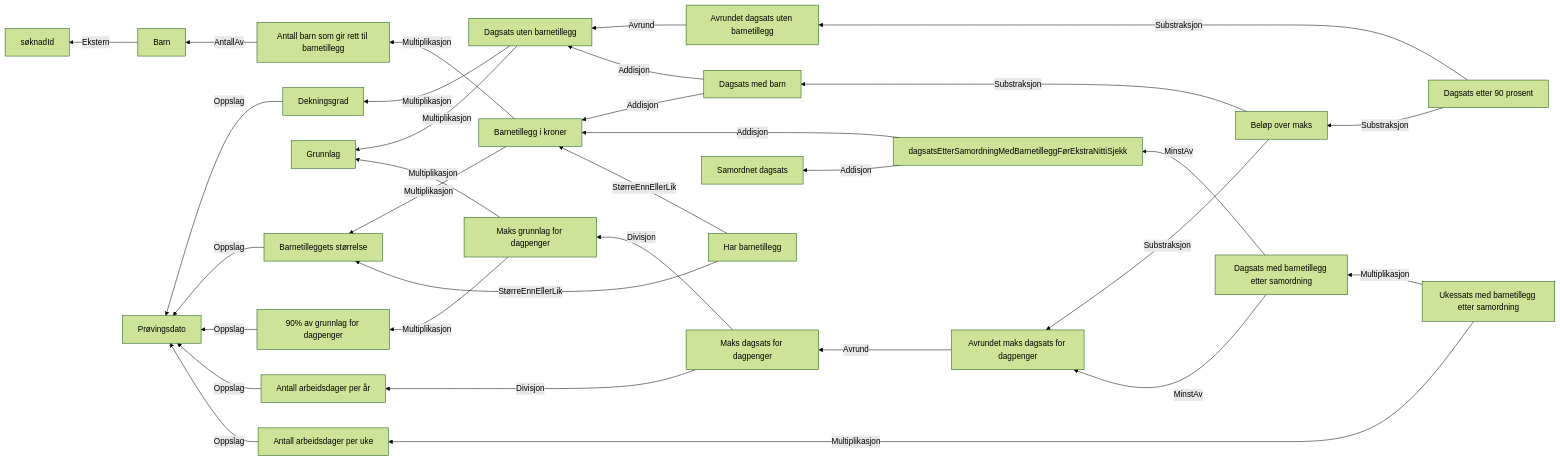
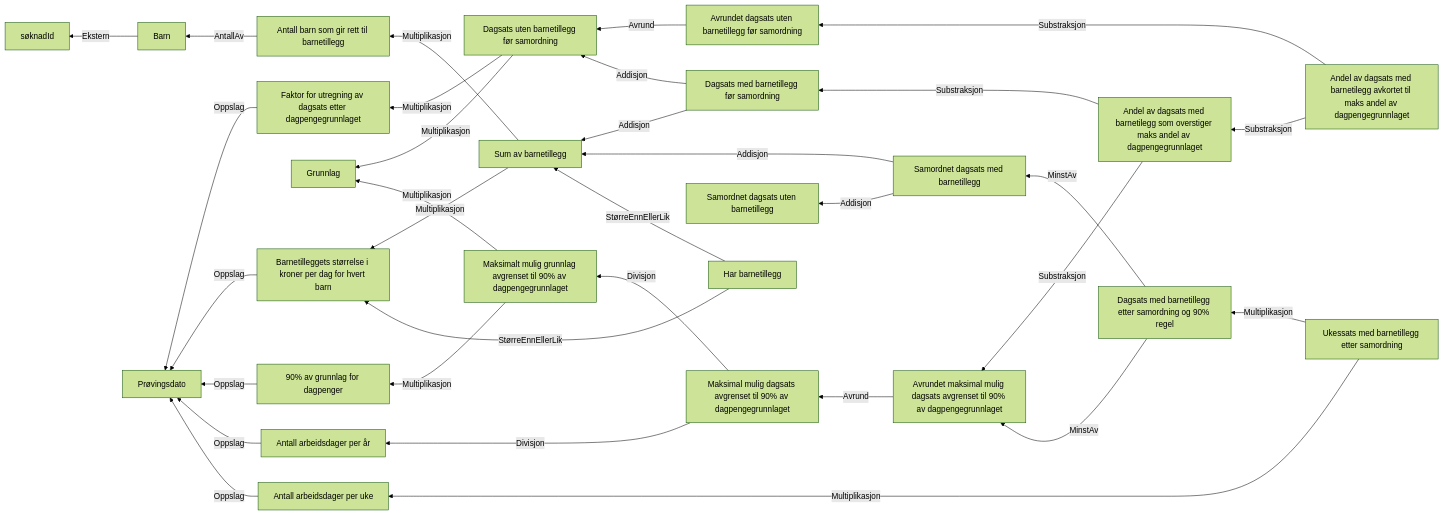
The diagram in docs/regler/§ 4-12. Dagpengenes størrelse.approved.md (navikt/dp-vedtak), drawn with Mermaid (forest theme) before and after one commit. The commit also changed 15 other files, not shown here.

First line of the commit message:
Avkort mot 90% uten barnetillegg før samordning

````diff
--- a/docs/regler/§ 4-12. Dagpengenes størrelse.approved.md
+++ b/docs/regler/§ 4-12. Dagpengenes størrelse.approved.md
@@ -5,34 +5,34 @@
 ```mermaid
 graph RL
   A["Barn"] -->|"Ekstern"| B["søknadId"]
   C["Antall barn som gir rett til barnetillegg"] -->|"AntallAv"| A["Barn"]
-  D["Dekningsgrad"] -->|"Oppslag"| E["Prøvingsdato"]
-  F["Dagsats uten barnetillegg"] -->|"Multiplikasjon"| G["Grunnlag"]
-  F["Dagsats uten barnetillegg"] -->|"Multiplikasjon"| D["Dekningsgrad"]
-  H["Avrundet dagsats uten barnetillegg"] -->|"Avrund"| F["Dagsats uten barnetillegg"]
-  I["Barnetilleggets størrelse"] -->|"Oppslag"| E["Prøvingsdato"]
-  J["Barnetillegg i kroner"] -->|"Multiplikasjon"| I["Barnetilleggets størrelse"]
-  J["Barnetillegg i kroner"] -->|"Multiplikasjon"| C["Antall barn som gir rett til barnetillegg"]
-  K["Dagsats med barn"] -->|"Addisjon"| F["Dagsats uten barnetillegg"]
-  K["Dagsats med barn"] -->|"Addisjon"| J["Barnetillegg i kroner"]
+  D["Faktor for utregning av dagsats etter dagpengegrunnlaget"] -->|"Oppslag"| E["Prøvingsdato"]
+  F["Dagsats uten barnetillegg før samordning"] -->|"Multiplikasjon"| G["Grunnlag"]
+  F["Dagsats uten barnetillegg før samordning"] -->|"Multiplikasjon"| D["Faktor for utregning av dagsats etter dagpengegrunnlaget"]
+  H["Avrundet dagsats uten barnetillegg før samordning"] -->|"Avrund"| F["Dagsats uten barnetillegg før samordning"]
+  I["Barnetilleggets størrelse i kroner per dag for hvert barn"] -->|"Oppslag"| E["Prøvingsdato"]
+  J["Sum av barnetillegg"] -->|"Multiplikasjon"| I["Barnetilleggets størrelse i kroner per dag for hvert barn"]
+  J["Sum av barnetillegg"] -->|"Multiplikasjon"| C["Antall barn som gir rett til barnetillegg"]
+  K["Dagsats med barnetillegg før samordning"] -->|"Addisjon"| F["Dagsats uten barnetillegg før samordning"]
+  K["Dagsats med barnetillegg før samordning"] -->|"Addisjon"| J["Sum av barnetillegg"]
   L["90% av grunnlag for dagpenger"] -->|"Oppslag"| E["Prøvingsdato"]
   M["Antall arbeidsdager per år"] -->|"Oppslag"| E["Prøvingsdato"]
-  N["Maks grunnlag for dagpenger"] -->|"Multiplikasjon"| G["Grunnlag"]
-  N["Maks grunnlag for dagpenger"] -->|"Multiplikasjon"| L["90% av grunnlag for dagpenger"]
-  O["Maks dagsats for dagpenger"] -->|"Divisjon"| N["Maks grunnlag for dagpenger"]
-  O["Maks dagsats for dagpenger"] -->|"Divisjon"| M["Antall arbeidsdager per år"]
-  P["Avrundet maks dagsats for dagpenger"] -->|"Avrund"| O["Maks dagsats for dagpenger"]
-  Q["Beløp over maks"] -->|"Substraksjon"| K["Dagsats med barn"]
-  Q["Beløp over maks"] -->|"Substraksjon"| P["Avrundet maks dagsats for dagpenger"]
-  R["Dagsats etter 90 prosent"] -->|"Substraksjon"| H["Avrundet dagsats uten barnetillegg"]
-  R["Dagsats etter 90 prosent"] -->|"Substraksjon"| Q["Beløp over maks"]
-  S["dagsatsEtterSamordningMedBarnetilleggFørEkstraNittiSjekk"] -->|"Addisjon"| T["Samordnet dagsats"]
-  S["dagsatsEtterSamordningMedBarnetilleggFørEkstraNittiSjekk"] -->|"Addisjon"| J["Barnetillegg i kroner"]
-  U["Dagsats med barnetillegg etter samordning"] -->|"MinstAv"| S["dagsatsEtterSamordningMedBarnetilleggFørEkstraNittiSjekk"]
-  U["Dagsats med barnetillegg etter samordning"] -->|"MinstAv"| P["Avrundet maks dagsats for dagpenger"]
+  N["Maksimalt mulig grunnlag avgrenset til 90% av dagpengegrunnlaget"] -->|"Multiplikasjon"| G["Grunnlag"]
+  N["Maksimalt mulig grunnlag avgrenset til 90% av dagpengegrunnlaget"] -->|"Multiplikasjon"| L["90% av grunnlag for dagpenger"]
+  O["Maksimal mulig dagsats avgrenset til 90% av dagpengegrunnlaget"] -->|"Divisjon"| N["Maksimalt mulig grunnlag avgrenset til 90% av dagpengegrunnlaget"]
+  O["Maksimal mulig dagsats avgrenset til 90% av dagpengegrunnlaget"] -->|"Divisjon"| M["Antall arbeidsdager per år"]
+  P["Avrundet maksimal mulig dagsats avgrenset til 90% av dagpengegrunnlaget"] -->|"Avrund"| O["Maksimal mulig dagsats avgrenset til 90% av dagpengegrunnlaget"]
+  Q["Andel av dagsats med barnetilegg som overstiger maks andel av dagpengegrunnlaget"] -->|"Substraksjon"| K["Dagsats med barnetillegg før samordning"]
+  Q["Andel av dagsats med barnetilegg som overstiger maks andel av dagpengegrunnlaget"] -->|"Substraksjon"| P["Avrundet maksimal mulig dagsats avgrenset til 90% av dagpengegrunnlaget"]
+  R["Andel av dagsats med barnetilegg avkortet til maks andel av dagpengegrunnlaget"] -->|"Substraksjon"| H["Avrundet dagsats uten barnetillegg før samordning"]
+  R["Andel av dagsats med barnetilegg avkortet til maks andel av dagpengegrunnlaget"] -->|"Substraksjon"| Q["Andel av dagsats med barnetilegg som overstiger maks andel av dagpengegrunnlaget"]
+  S["Samordnet dagsats med barnetillegg"] -->|"Addisjon"| T["Samordnet dagsats uten barnetillegg"]
+  S["Samordnet dagsats med barnetillegg"] -->|"Addisjon"| J["Sum av barnetillegg"]
+  U["Dagsats med barnetillegg etter samordning og 90% regel"] -->|"MinstAv"| S["Samordnet dagsats med barnetillegg"]
+  U["Dagsats med barnetillegg etter samordning og 90% regel"] -->|"MinstAv"| P["Avrundet maksimal mulig dagsats avgrenset til 90% av dagpengegrunnlaget"]
   V["Antall arbeidsdager per uke"] -->|"Oppslag"| E["Prøvingsdato"]
-  W["Ukessats med barnetillegg etter samordning"] -->|"Multiplikasjon"| U["Dagsats med barnetillegg etter samordning"]
+  W["Ukessats med barnetillegg etter samordning"] -->|"Multiplikasjon"| U["Dagsats med barnetillegg etter samordning og 90% regel"]
   W["Ukessats med barnetillegg etter samordning"] -->|"Multiplikasjon"| V["Antall arbeidsdager per uke"]
-  X["Har barnetillegg"] -->|"StørreEnnEllerLik"| J["Barnetillegg i kroner"]
-  X["Har barnetillegg"] -->|"StørreEnnEllerLik"| I["Barnetilleggets størrelse"]
+  X["Har barnetillegg"] -->|"StørreEnnEllerLik"| J["Sum av barnetillegg"]
+  X["Har barnetillegg"] -->|"StørreEnnEllerLik"| I["Barnetilleggets størrelse i kroner per dag for hvert barn"]
 ```
````
